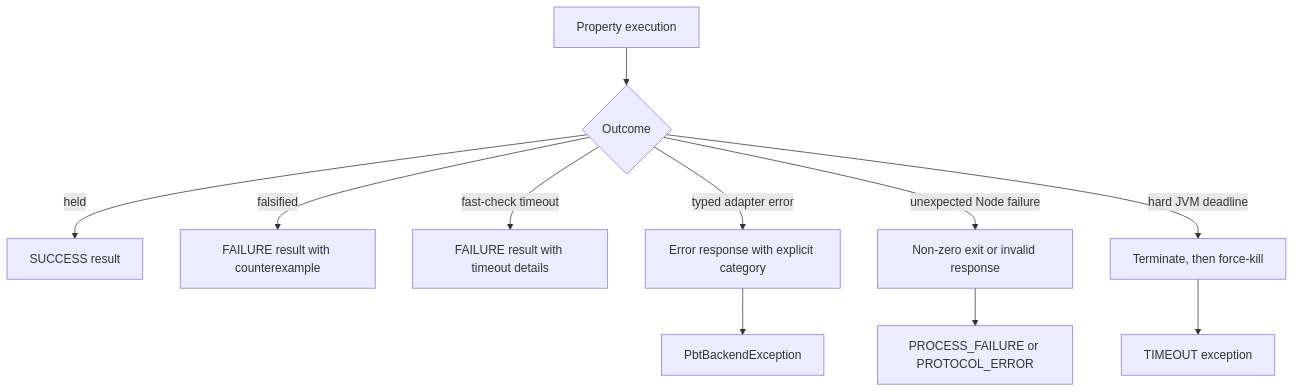
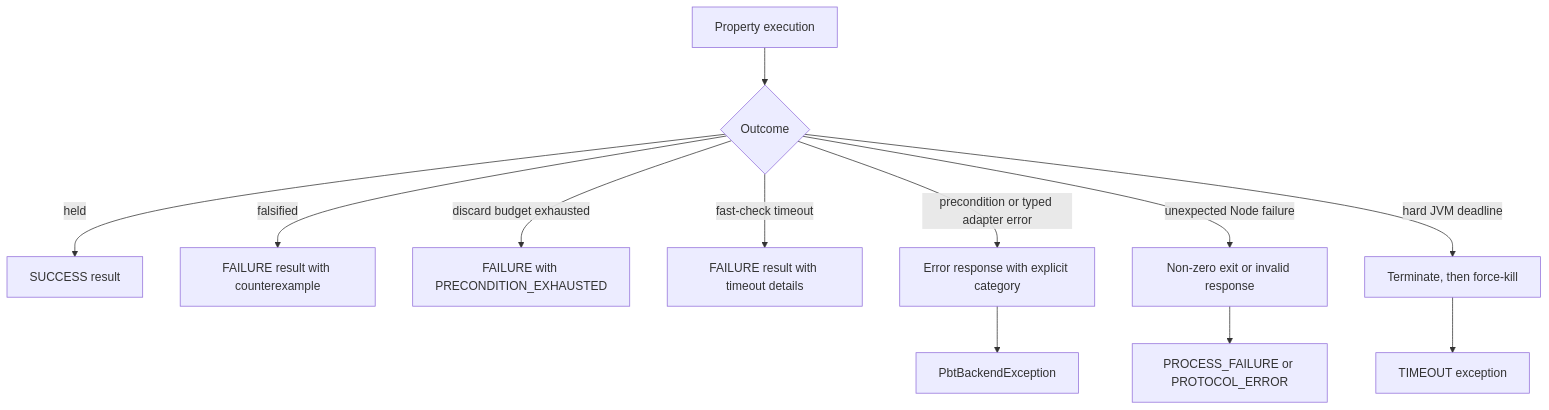
The third of 4 diagrams in usvm-ts-fast-check/DESIGN.md (UnitTestBot/usvm), drawn with Mermaid before and after one commit. The commit also changed other lines of this file and 16 other files, not shown here.

````diff
--- a/usvm-ts-fast-check/DESIGN.md
+++ b/usvm-ts-fast-check/DESIGN.md
@@ -125,13 +126,14 @@
 ```mermaid
 flowchart TD
     Check[Property execution] --> Held{Outcome}
     Held -->|held| Success[SUCCESS result]
     Held -->|falsified| Failure[FAILURE result with counterexample]
+    Held -->|discard budget exhausted| Discarded[FAILURE with PRECONDITION_EXHAUSTED]
     Held -->|fast-check timeout| TimeoutResult[FAILURE result with timeout details]
-    Held -->|typed adapter error| Diagnostic[Error response with explicit category]
+    Held -->|precondition or typed adapter error| Diagnostic[Error response with explicit category]
     Diagnostic --> Exception[PbtBackendException]
     Held -->|unexpected Node failure| Exit[Non-zero exit or invalid response]
     Exit --> Transport[PROCESS_FAILURE or PROTOCOL_ERROR]
     Held -->|hard JVM deadline| Kill[Terminate, then force-kill]
     Kill --> HardTimeout[TIMEOUT exception]
 ```
````
